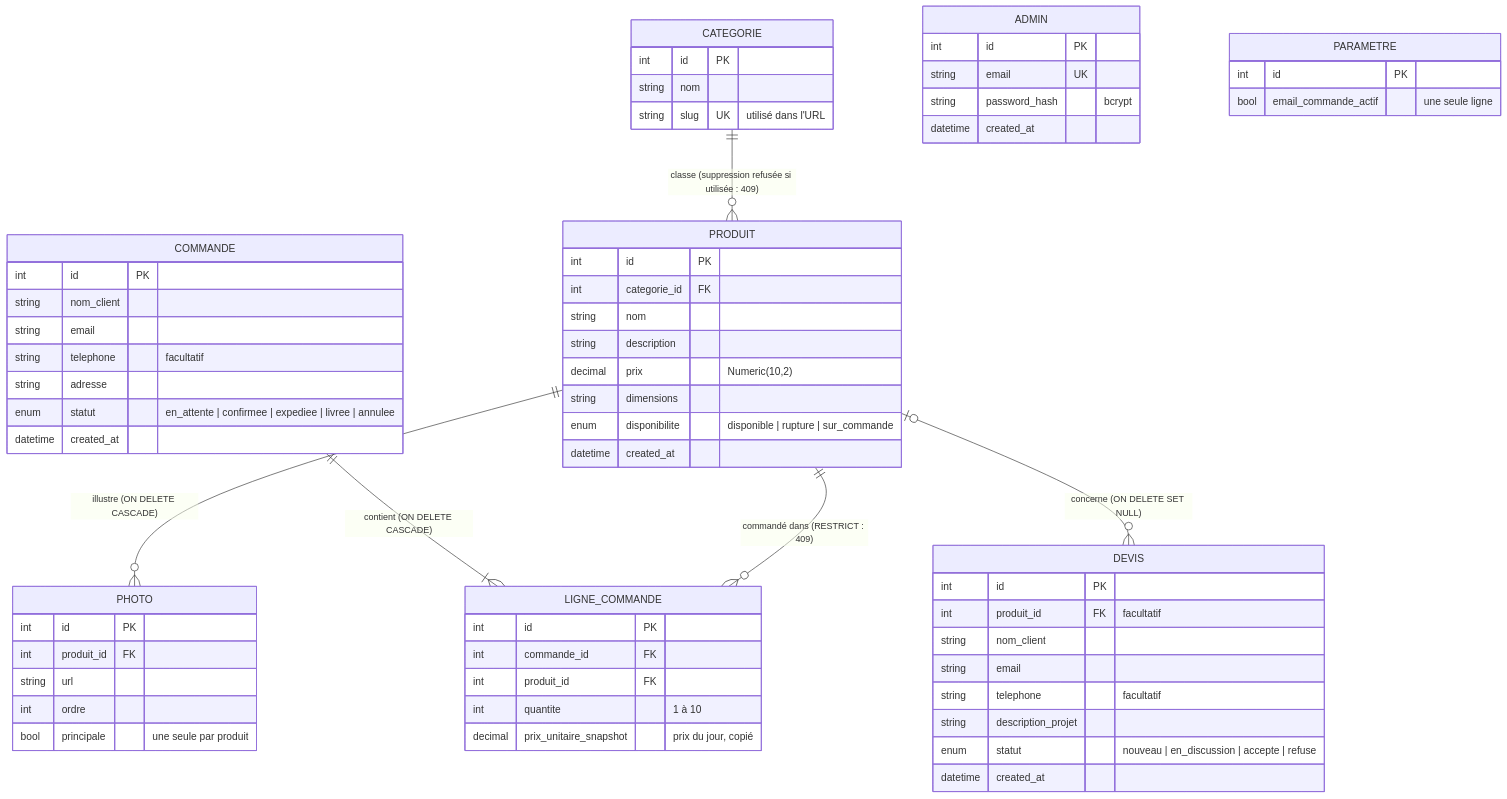
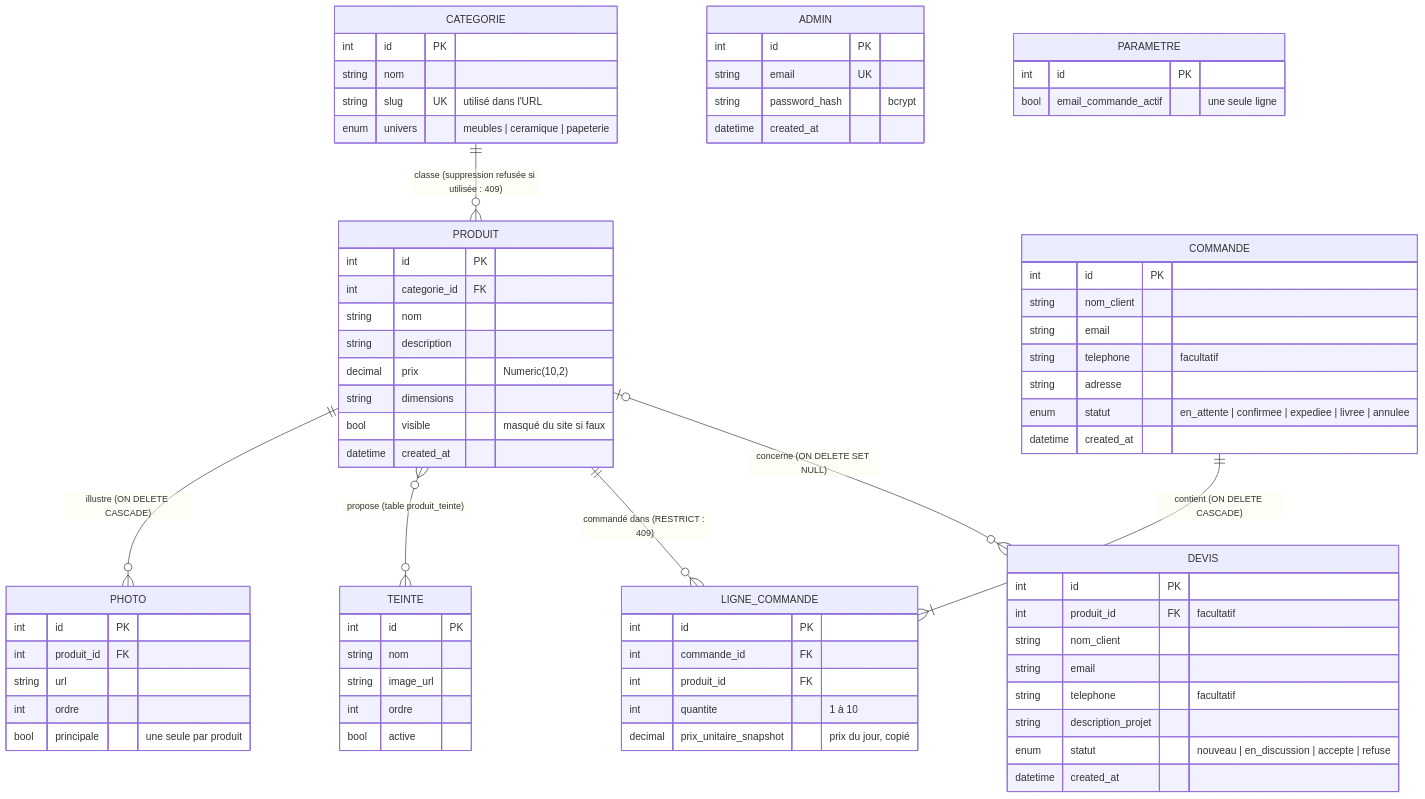
Before and after one commit to rmxpvl/Maison_Guillard: the second of 2 diagrams in README.md, drawn with Mermaid. The commit also changed other lines of this file, not shown here.

Commit message:
docs: document the v2 catalogue (univers, teintes, visibility)

````diff
--- a/README.md
+++ b/README.md
@@ -146,67 +144,76 @@
 ```mermaid
 erDiagram
     CATEGORIE ||--o{ PRODUIT : "classe (suppression refusée si utilisée : 409)"
     PRODUIT ||--o{ PHOTO : "illustre (ON DELETE CASCADE)"
     COMMANDE ||--|{ LIGNE_COMMANDE : "contient (ON DELETE CASCADE)"
+    PRODUIT }o--o{ TEINTE : "propose (table produit_teinte)"
     PRODUIT ||--o{ LIGNE_COMMANDE : "commandé dans (RESTRICT : 409)"
     PRODUIT |o--o{ DEVIS : "concerne (ON DELETE SET NULL)"
 
     ADMIN {
         int id PK
         string email UK
         string password_hash "bcrypt"
         datetime created_at
     }
     CATEGORIE {
         int id PK
         string nom
         string slug UK "utilisé dans l'URL"
+        enum univers "meubles | ceramique | papeterie"
+    }
+    TEINTE {
+        int id PK
+        string nom
+        string image_url
+        int ordre
+        bool active
     }
     PRODUIT {
         int id PK
         int categorie_id FK
         string nom
         string description
         decimal prix "Numeric(10,2)"
         string dimensions
-        enum disponibilite "disponible | rupture | sur_commande"
+        bool visible "masqué du site si faux"
         datetime created_at
     }
     PHOTO {
         int id PK
         int produit_id FK
         string url
         int ordre
         bool principale "une seule par produit"
     }
     COMMANDE {
         int id PK
         string nom_client
         string email
         string telephone "facultatif"
         string adresse
         enum statut "en_attente | confirmee | expediee | livree | annulee"
         datetime created_at
     }
     LIGNE_COMMANDE {
         int id PK
         int commande_id FK
         int produit_id FK
         int quantite "1 à 10"
         decimal prix_unitaire_snapshot "prix du jour, copié"
     }
     DEVIS {
         int id PK
         int produit_id FK "facultatif"
         string nom_client
         string email
         string telephone "facultatif"
         string description_projet
         enum statut "nouveau | en_discussion | accepte | refuse"
         datetime created_at
     }
     PARAMETRE {
         int id PK
         bool email_commande_actif "une seule ligne"
     }
 ```
````
